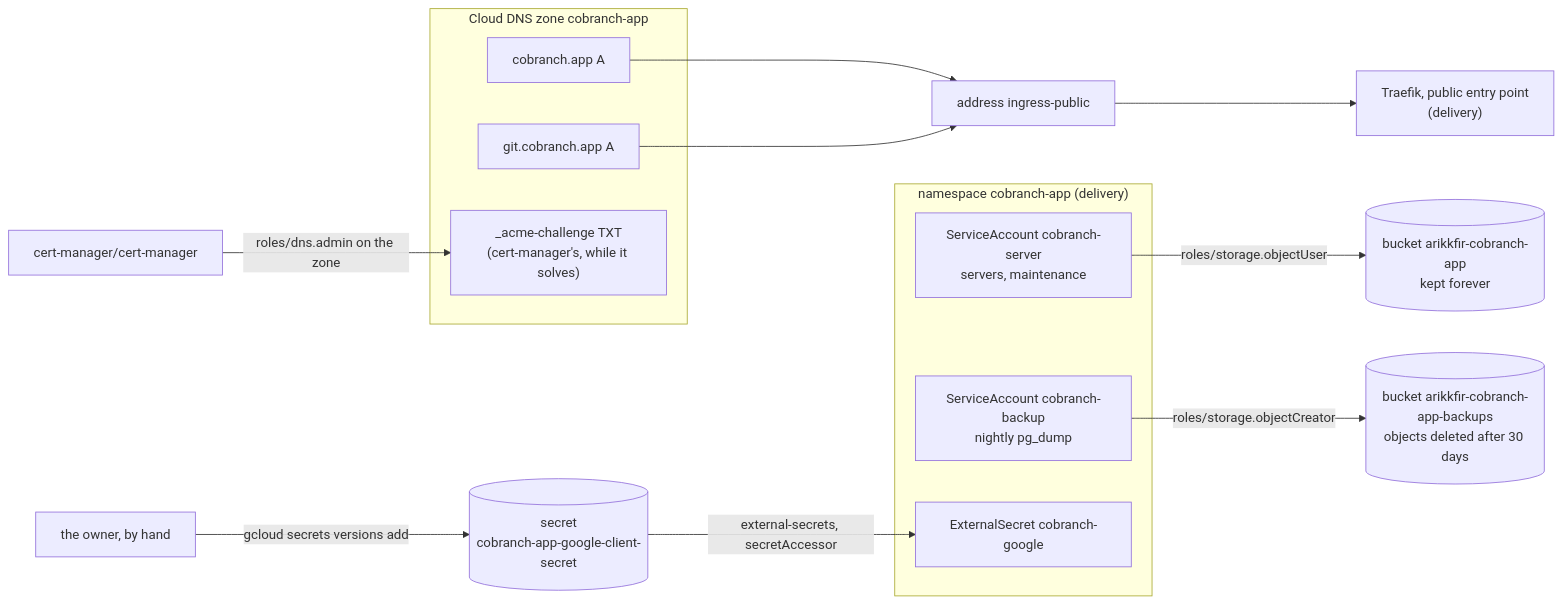
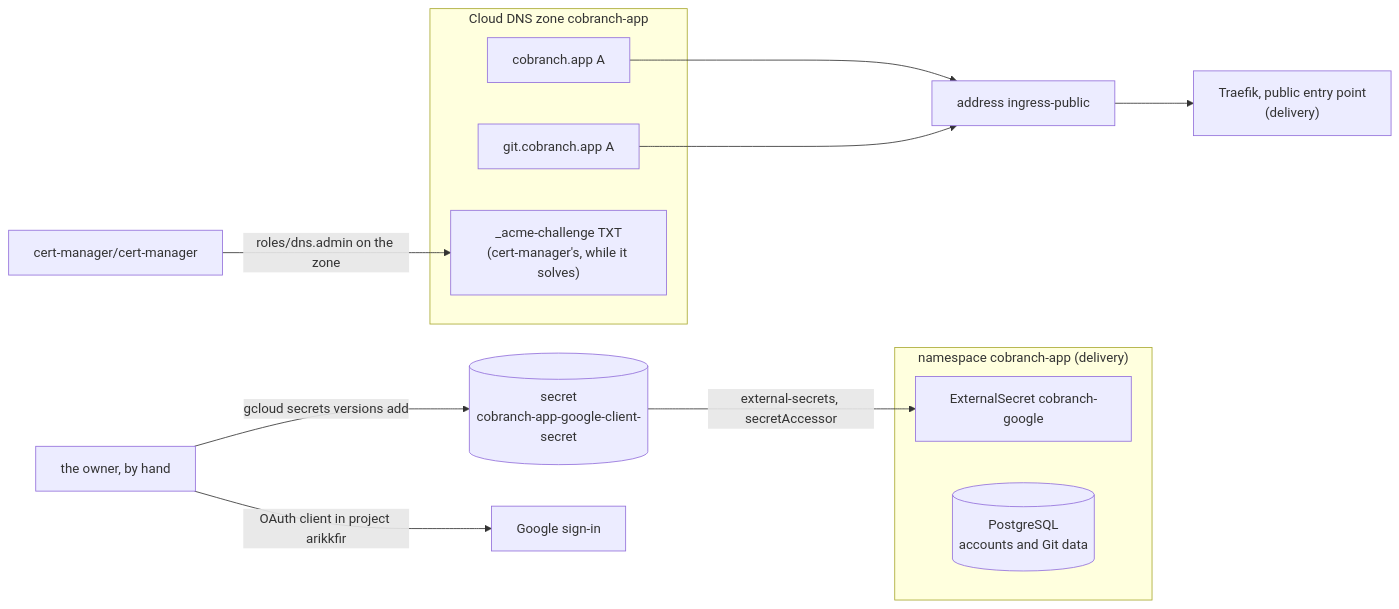
The diagram in docs/infra/designs/cobranch-app.md (arikkfir-org/infra), drawn with Mermaid before and after one commit. The commit also changed other lines of this file and 3 other files, not shown here.

First line of the commit message:
feat(gcp): drop cobranch.app's buckets before anything uses them

````diff
--- a/docs/infra/designs/cobranch-app.md
+++ b/docs/infra/designs/cobranch-app.md
@@ -7,21 +7,19 @@
 ```mermaid
 flowchart LR
   subgraph dns["Cloud DNS zone cobranch-app"]
     A1["cobranch.app A"]
     A2["git.cobranch.app A"]
     CH["_acme-challenge TXT<br/>(cert-manager's, while it solves)"]
   end
   A1 --> IP["address ingress-public"]
   A2 --> IP
   IP --> T["Traefik, public entry point<br/>(delivery)"]
   CM["cert-manager/cert-manager"] -- "roles/dns.admin on the zone" --> CH
   subgraph ns["namespace cobranch-app (delivery)"]
-    SRV["ServiceAccount cobranch-server<br/>servers, maintenance"]
-    BK["ServiceAccount cobranch-backup<br/>nightly pg_dump"]
     ES["ExternalSecret cobranch-google"]
+    PG[("PostgreSQL<br/>accounts and Git data")]
   end
-  SRV -- "roles/storage.objectUser" --> B1[("bucket arikkfir-cobranch-app<br/>kept forever")]
-  BK -- "roles/storage.objectCreator" --> B2[("bucket arikkfir-cobranch-app-backups<br/>objects deleted after 30 days")]
   OWNER["the owner, by hand"] -- "gcloud secrets versions add" --> SM[("secret<br/>cobranch-app-google-client-secret")]
   SM -- "external-secrets, secretAccessor" --> ES
+  OWNER -- "OAuth client in project arikkfir" --> GO["Google sign-in"]
 ```
````
